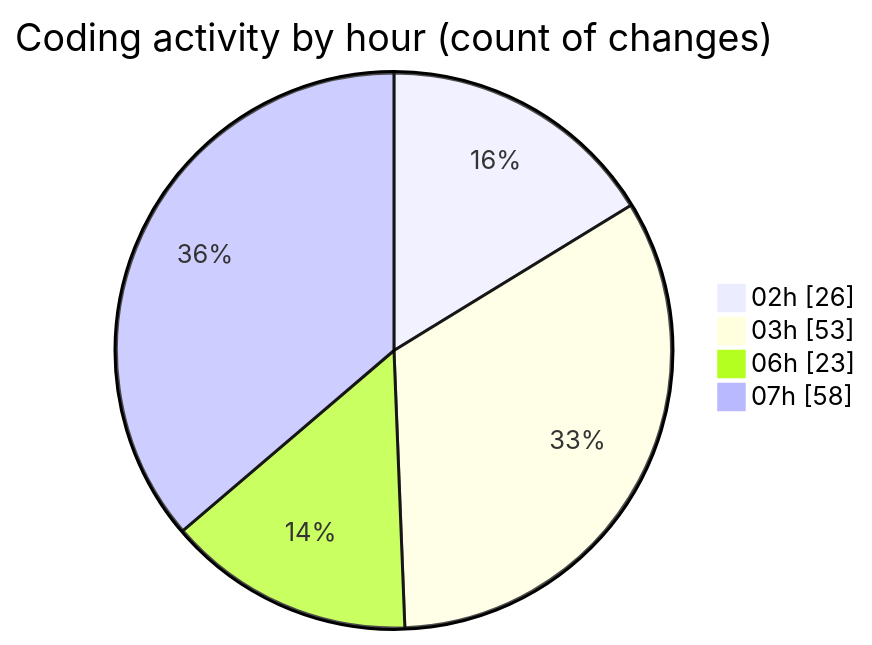
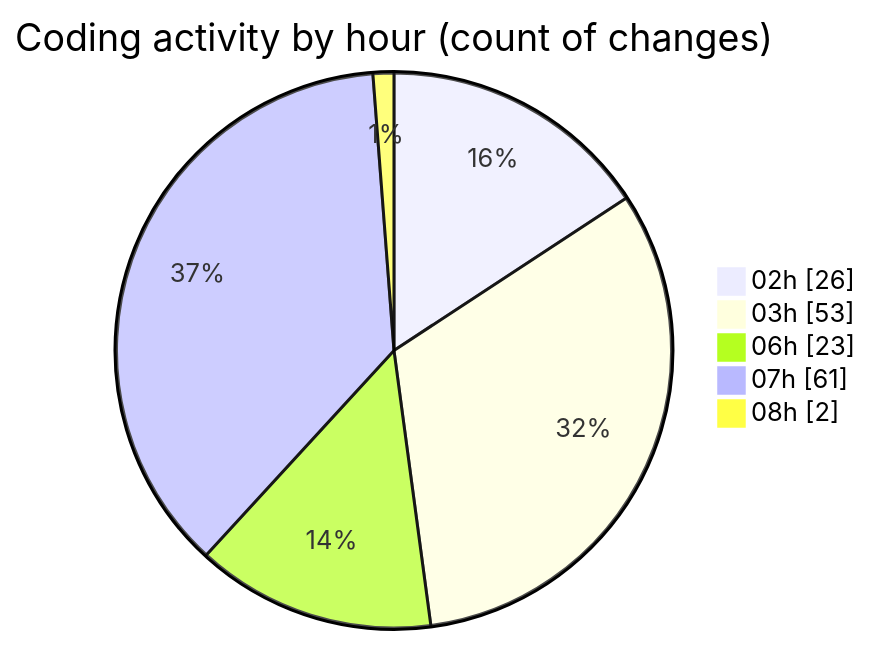
One commit to charlie-sans/code-tracking changed the second of 2 diagrams in 2025-02-22/micros/README.md. Above: the diagram before and after it, drawn with Mermaid. The commit also changed other lines of this file and 1 other file, not shown here.

````diff
--- a/2025-02-22/micros/README.md
+++ b/2025-02-22/micros/README.md
@@ -72,8 +72,9 @@
 ```mermaid
 pie showData
 title Coding activity by hour (count of changes)
 "02h" : 26
 "03h" : 53
 "06h" : 23
-"07h" : 58
+"07h" : 61
+"08h" : 2
 ```
````
